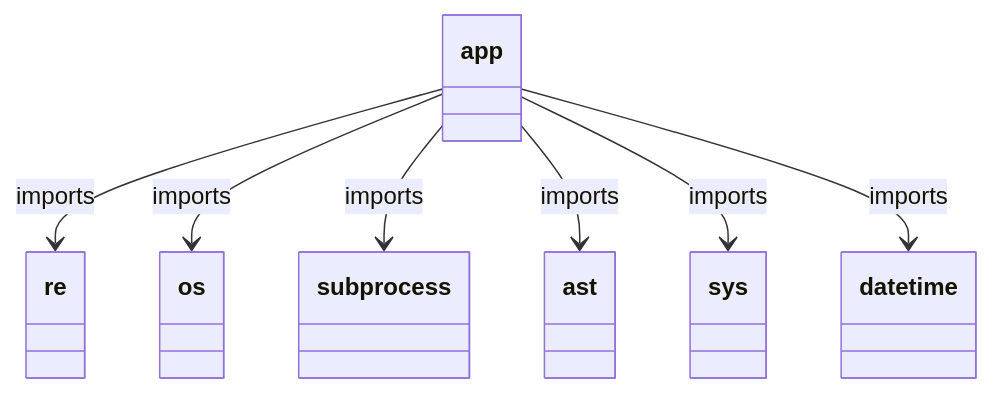
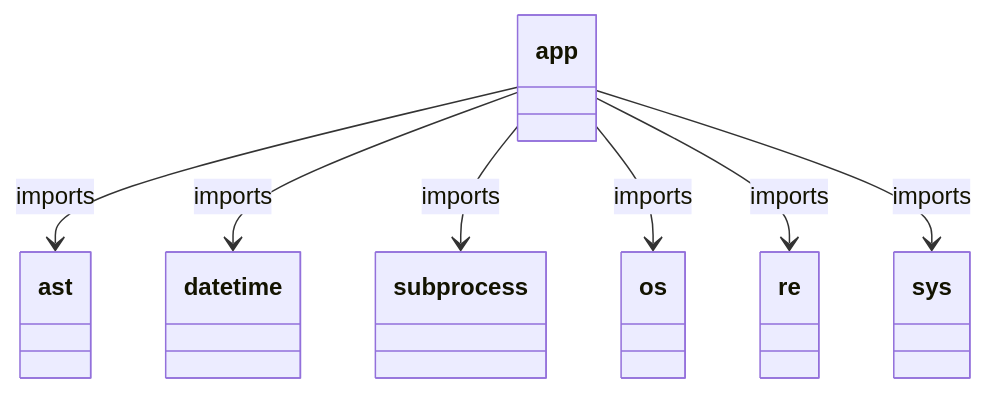
The second of 3 diagrams in openwiki/root.md (lgcorzo/mlops-rust-package), drawn with Mermaid before and after one commit. The commit also changed other lines of this file and 5 other files, not shown here.

````diff
--- a/openwiki/root.md
+++ b/openwiki/root.md
@@ -29,16 +29,16 @@
 ```mermaid
 classDiagram
     class app {}
+    class ast {}
+    app --> ast : imports
+    class datetime {}
+    app --> datetime : imports
+    class subprocess {}
+    app --> subprocess : imports
+    class os {}
+    app --> os : imports
     class re {}
     app --> re : imports
-    class os {}
-    app --> os : imports
-    class subprocess {}
-    app --> subprocess : imports
-    class ast {}
-    app --> ast : imports
     class sys {}
     app --> sys : imports
-    class datetime {}
-    app --> datetime : imports
 ```
````
